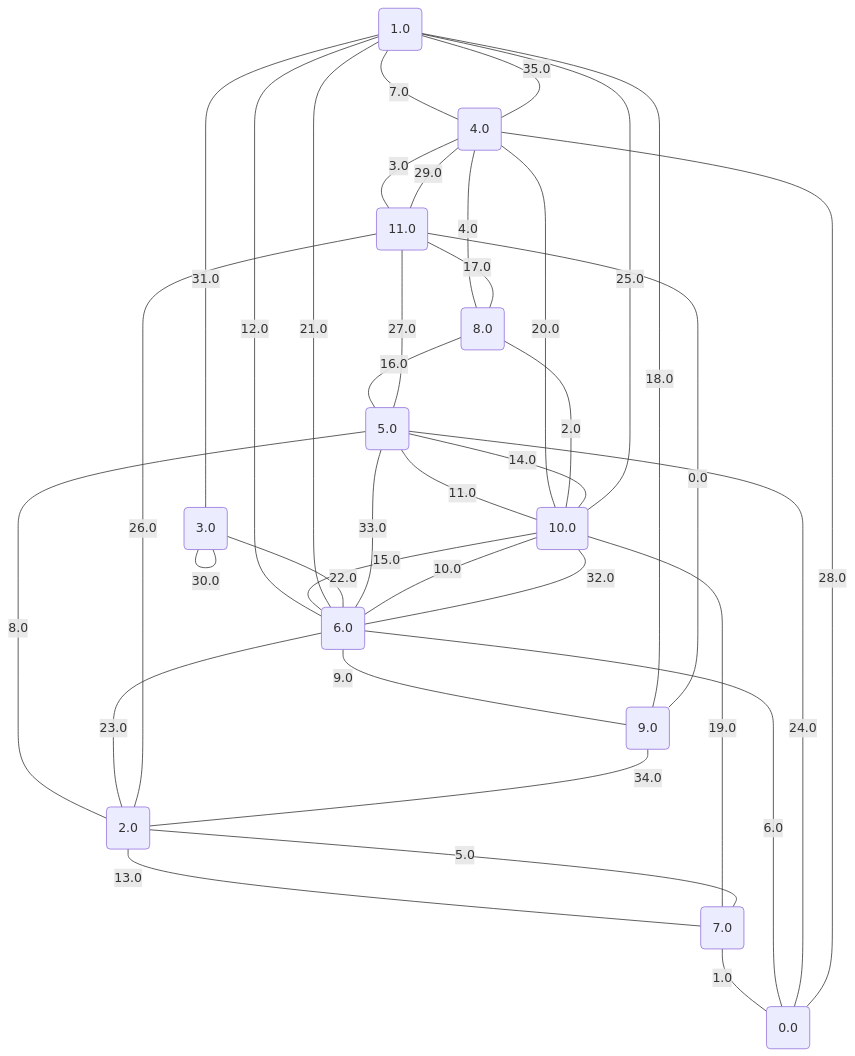
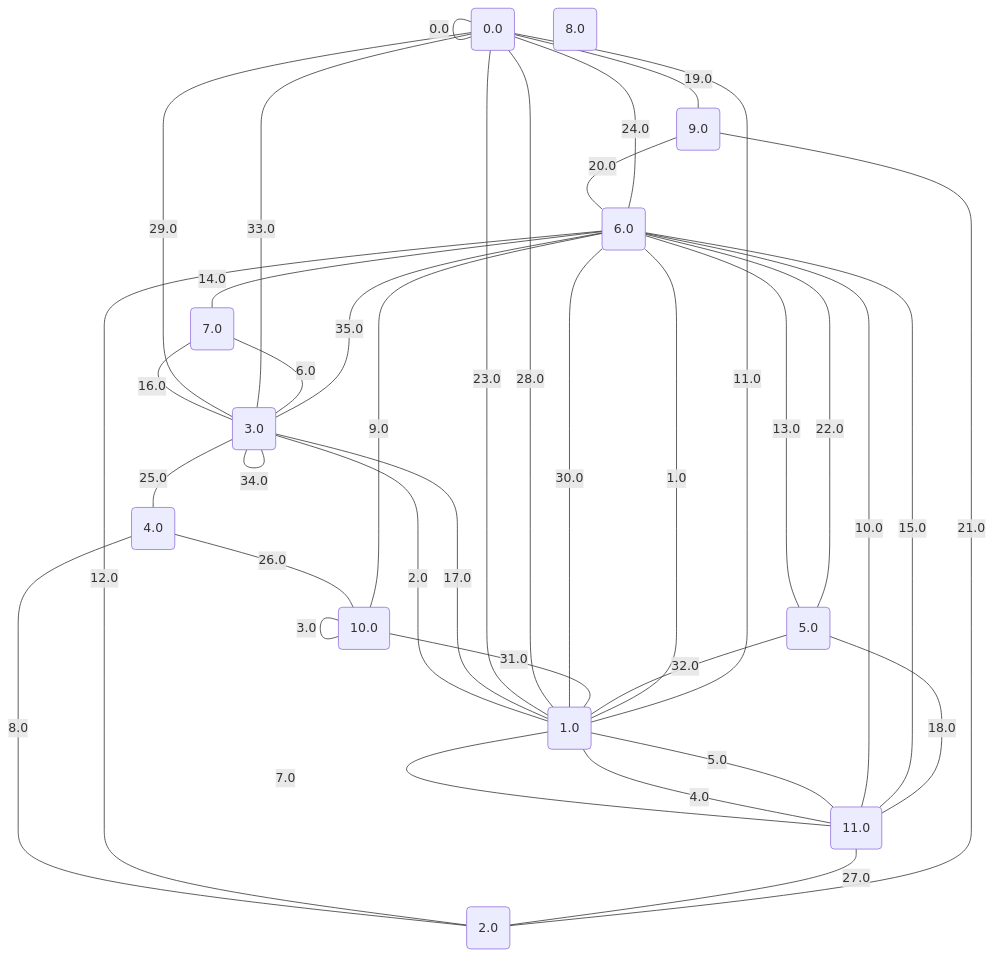
The diagram in project/src/testing/graphs/7.md (metury/graphs), drawn with Mermaid before and after one commit. The commit also changed 27 other files, not shown here.

````diff
--- a/project/src/testing/graphs/7.md
+++ b/project/src/testing/graphs/7.md
@@ -1,51 +1,51 @@
 ```mermaid
 graph TD;
 0("0.0");
 1("1.0");
 2("2.0");
 3("3.0");
 4("4.0");
 5("5.0");
 6("6.0");
 7("7.0");
 8("8.0");
 9("9.0");
 10("10.0");
 11("11.0");
-	9 -- "0.0" --- 11;
-	7 -- "1.0" --- 0;
-	10 -- "2.0" --- 8;
-	4 -- "3.0" --- 11;
-	4 -- "4.0" --- 8;
-	7 -- "5.0" --- 2;
-	6 -- "6.0" --- 0;
-	1 -- "7.0" --- 4;
-	5 -- "8.0" --- 2;
-	6 -- "9.0" --- 9;
-	6 -- "10.0" --- 10;
-	5 -- "11.0" --- 10;
-	1 -- "12.0" --- 6;
-	2 -- "13.0" --- 7;
-	10 -- "14.0" --- 5;
-	10 -- "15.0" --- 6;
-	8 -- "16.0" --- 5;
-	11 -- "17.0" --- 8;
-	1 -- "18.0" --- 9;
-	10 -- "19.0" --- 7;
-	4 -- "20.0" --- 10;
-	1 -- "21.0" --- 6;
-	3 -- "22.0" --- 6;
-	6 -- "23.0" --- 2;
-	5 -- "24.0" --- 0;
-	10 -- "25.0" --- 1;
-	11 -- "26.0" --- 2;
-	11 -- "27.0" --- 5;
-	4 -- "28.0" --- 0;
-	11 -- "29.0" --- 4;
-	3 -- "30.0" --- 3;
-	1 -- "31.0" --- 3;
-	6 -- "32.0" --- 10;
-	5 -- "33.0" --- 6;
-	9 -- "34.0" --- 2;
-	4 -- "35.0" --- 1;
+	0 -- "0.0" --- 0;
+	1 -- "1.0" --- 6;
+	3 -- "2.0" --- 1;
+	10 -- "3.0" --- 10;
+	11 -- "4.0" --- 1;
+	11 -- "5.0" --- 1;
+	3 -- "6.0" --- 7;
+	1 -- "7.0" --- 11;
+	4 -- "8.0" --- 2;
+	10 -- "9.0" --- 6;
+	11 -- "10.0" --- 6;
+	1 -- "11.0" --- 0;
+	6 -- "12.0" --- 2;
+	6 -- "13.0" --- 5;
+	6 -- "14.0" --- 7;
+	11 -- "15.0" --- 6;
+	7 -- "16.0" --- 3;
+	3 -- "17.0" --- 1;
+	11 -- "18.0" --- 5;
+	0 -- "19.0" --- 9;
+	9 -- "20.0" --- 6;
+	2 -- "21.0" --- 9;
+	5 -- "22.0" --- 6;
+	0 -- "23.0" --- 1;
+	6 -- "24.0" --- 0;
+	3 -- "25.0" --- 4;
+	4 -- "26.0" --- 10;
+	11 -- "27.0" --- 2;
+	0 -- "28.0" --- 1;
+	0 -- "29.0" --- 3;
+	6 -- "30.0" --- 1;
+	10 -- "31.0" --- 1;
+	5 -- "32.0" --- 1;
+	0 -- "33.0" --- 3;
+	3 -- "34.0" --- 3;
+	3 -- "35.0" --- 6;
 ```
````
